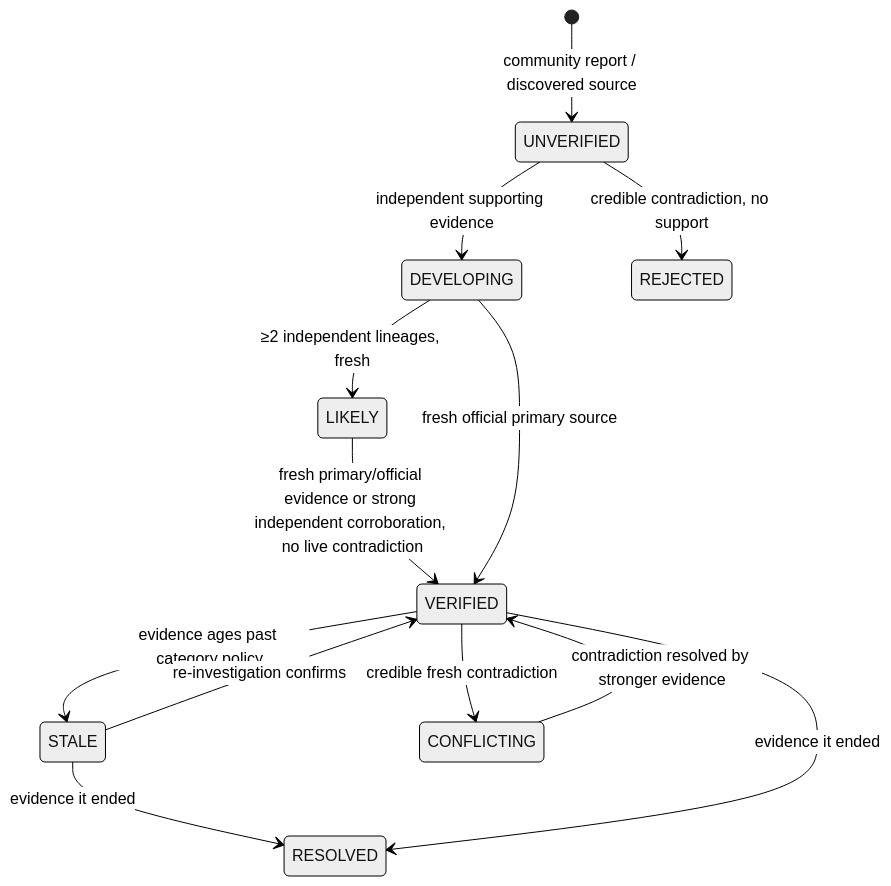
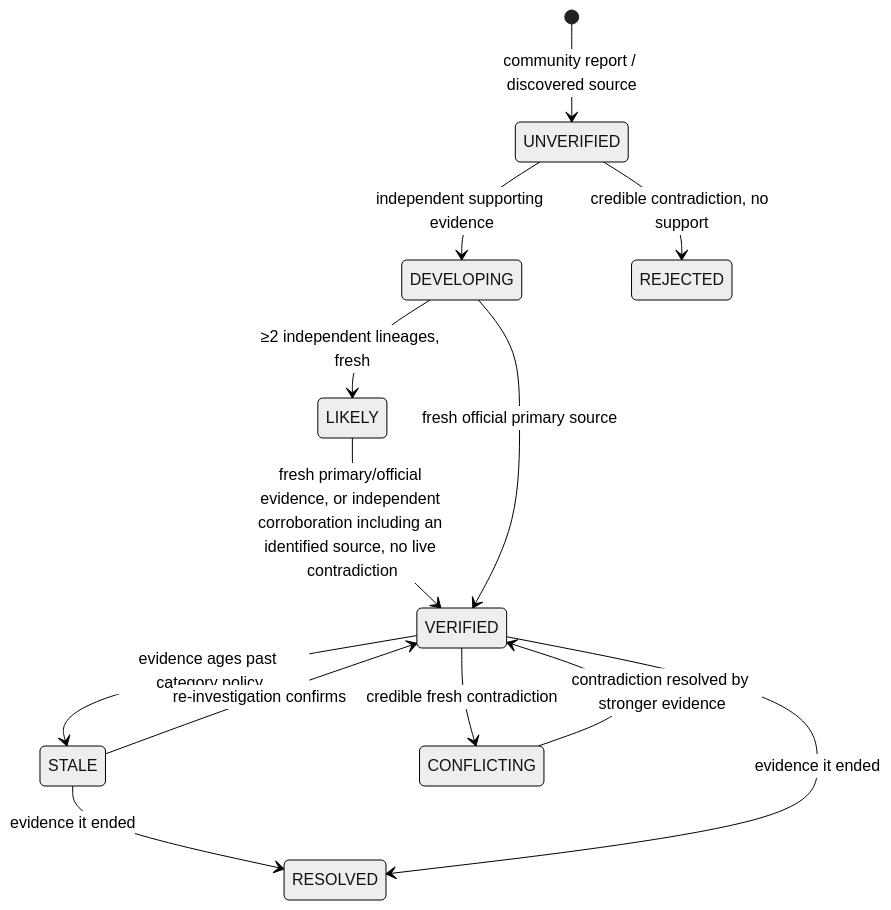
Before and after one commit to quangt0213/Verity: the second of 2 diagrams in ARCHITECTURE.md, drawn with Mermaid (neutral theme). The commit also changed other lines of this file and 6 other files, not shown here.

First line of the commit message:
Phase 3 S4.1: VERIFIED requires an identified source (product rule)

````diff
--- a/ARCHITECTURE.md
+++ b/ARCHITECTURE.md
@@ -320,15 +320,15 @@
 ```mermaid
 stateDiagram-v2
   [*] --> UNVERIFIED: community report / discovered source
   UNVERIFIED --> DEVELOPING: independent supporting evidence
   DEVELOPING --> LIKELY: ≥2 independent lineages, fresh
-  LIKELY --> VERIFIED: fresh primary/official evidence or strong independent corroboration, no live contradiction
+  LIKELY --> VERIFIED: fresh primary/official evidence, or independent corroboration including an identified source, no live contradiction
   DEVELOPING --> VERIFIED: fresh official primary source
   VERIFIED --> STALE: evidence ages past category policy
   STALE --> VERIFIED: re-investigation confirms
   STALE --> RESOLVED: evidence it ended
   VERIFIED --> CONFLICTING: credible fresh contradiction
   CONFLICTING --> VERIFIED: contradiction resolved by stronger evidence
   VERIFIED --> RESOLVED: evidence it ended
   UNVERIFIED --> REJECTED: credible contradiction, no support
 ```
````
